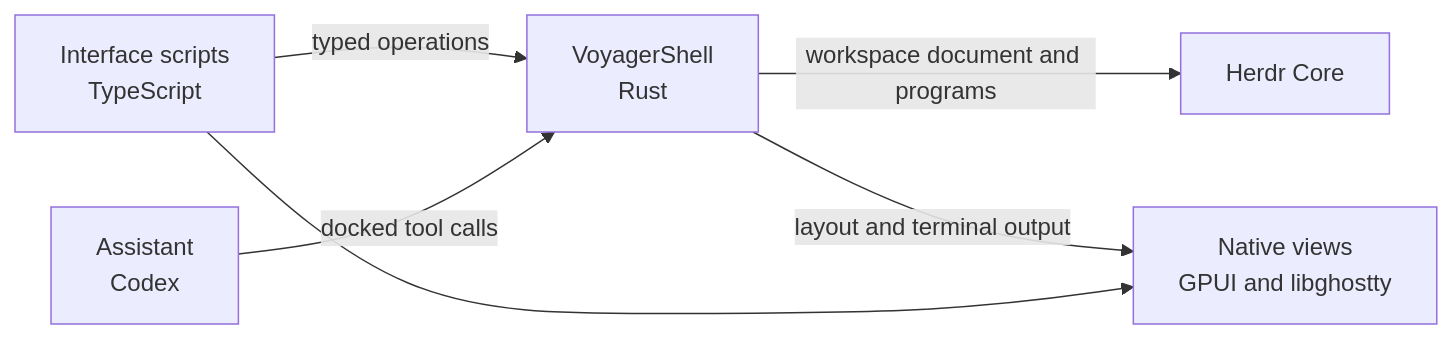
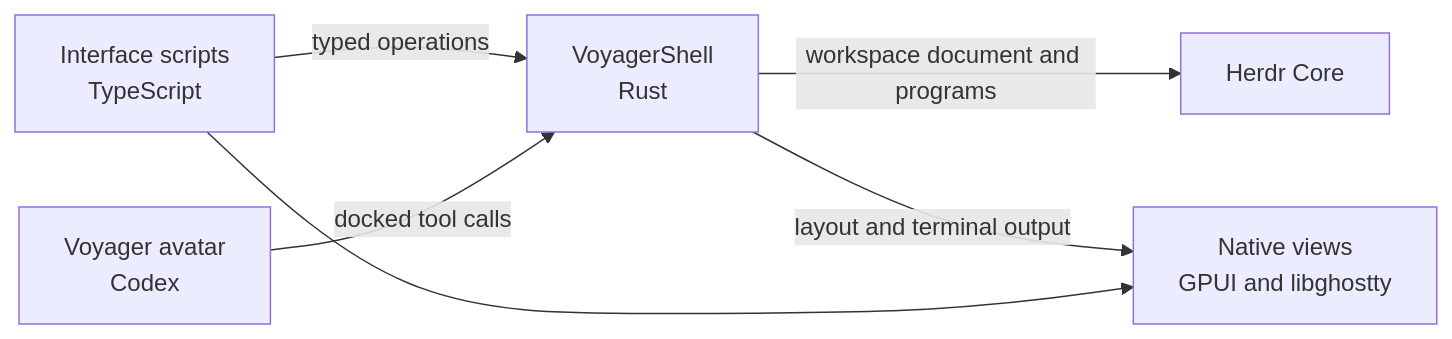
Before and after one commit to isaacasamoah/voyagershell: the diagram in README.md, drawn with Mermaid. The commit also changed other lines of this file, not shown here.

Commit message:
docs: keep the canvas line and name the assistant the Voyager avatar

````diff
--- a/README.md
+++ b/README.md
@@ -90,8 +91,8 @@
 ```mermaid
 flowchart LR
 	UI["Interface scripts<br/>TypeScript"] -->|"typed operations"| App["VoyagerShell<br/>Rust"]
-	Agent["Assistant<br/>Codex"] -->|"docked tool calls"| App
+	Agent["Voyager avatar<br/>Codex"] -->|"docked tool calls"| App
 	App -->|"workspace document and programs"| Core["Herdr Core"]
 	App -->|"layout and terminal output"| View["Native views<br/>GPUI and libghostty"]
 	UI --> View
 ```
````
